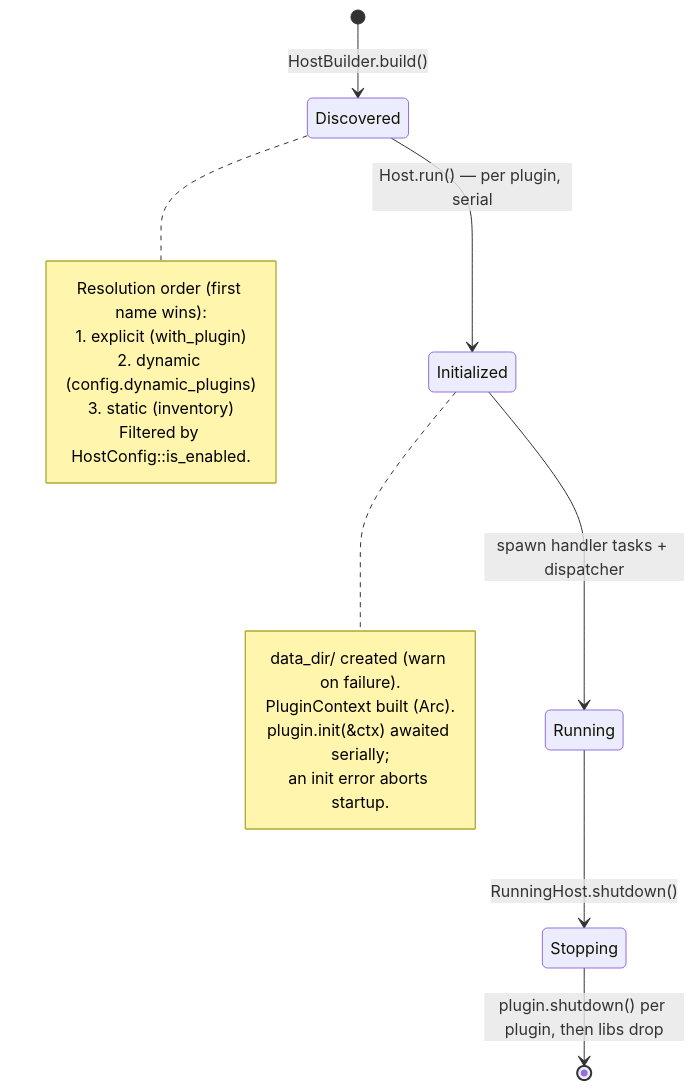
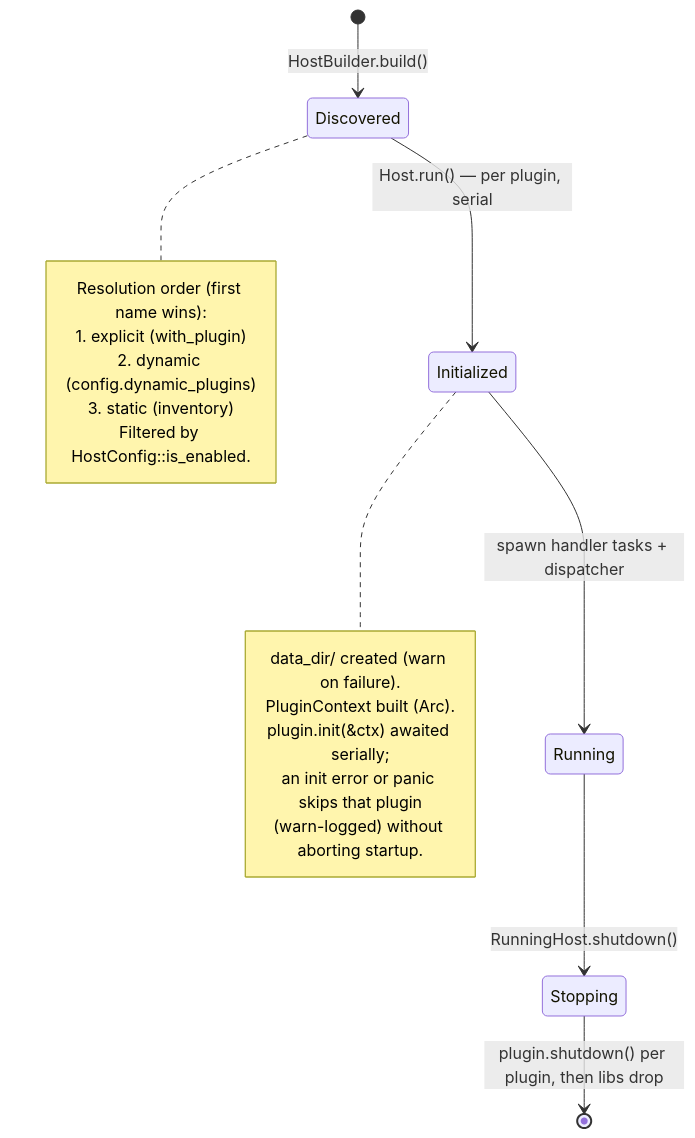
One commit to AnthonyHerman/insider-threat-profiling changed the fifth of 9 diagrams in docs/ARCHITECTURE.md. Above: the diagram before and after it, drawn with Mermaid. The commit also changed other lines of this file and 7 other files, not shown here.

````diff
--- a/docs/ARCHITECTURE.md
+++ b/docs/ARCHITECTURE.md
@@ -441,23 +486,24 @@
 ```mermaid
 stateDiagram-v2
   [*] --> Discovered: HostBuilder.build()
   Discovered --> Initialized: Host.run() — per plugin, serial
   Initialized --> Running: spawn handler tasks + dispatcher
   Running --> Stopping: RunningHost.shutdown()
   Stopping --> [*]: plugin.shutdown() per plugin, then libs drop
 
   note right of Discovered
     Resolution order (first name wins):
     1. explicit (with_plugin)
     2. dynamic (config.dynamic_plugins)
     3. static (inventory)
     Filtered by HostConfig::is_enabled.
   end note
 
   note right of Initialized
     data_dir/<name> created (warn on failure).
     PluginContext built (Arc).
     plugin.init(&ctx) awaited serially;
-    an init error aborts startup.
+    an init error or panic skips that plugin
+    (warn-logged) without aborting startup.
   end note
 ```
````
